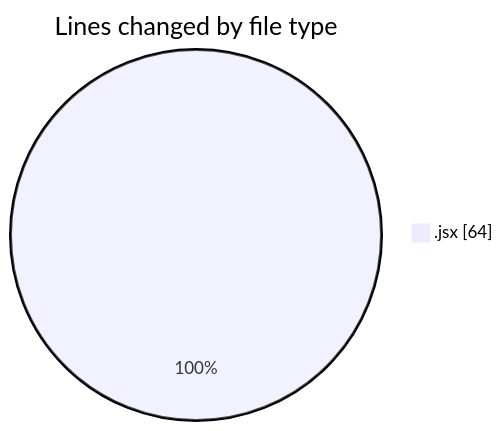
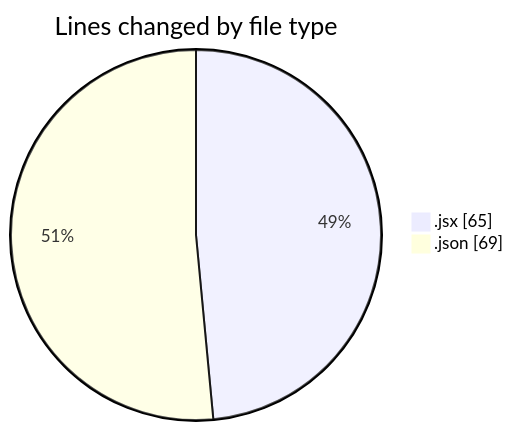
Before and after one commit to BS-eng2023/code-tracking: the first of 2 diagrams in 2025-05-04/project/README.md, drawn with Mermaid. The commit also changed other lines of this file and 1 other file, not shown here.

````diff
--- a/2025-05-04/project/README.md
+++ b/2025-05-04/project/README.md
@@ -21,5 +23,6 @@
 ```mermaid
 pie showData
 title Lines changed by file type
-".jsx" : 64
+".jsx" : 65
+".json" : 69
 ```
````
